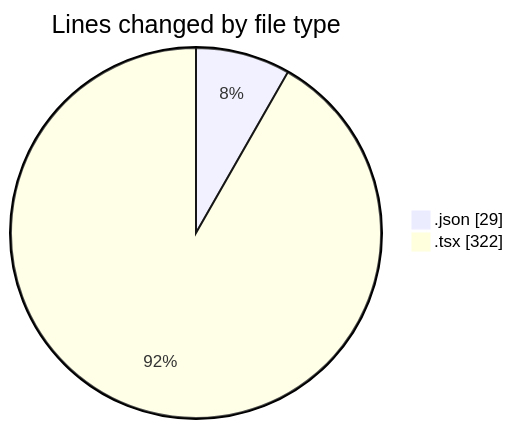
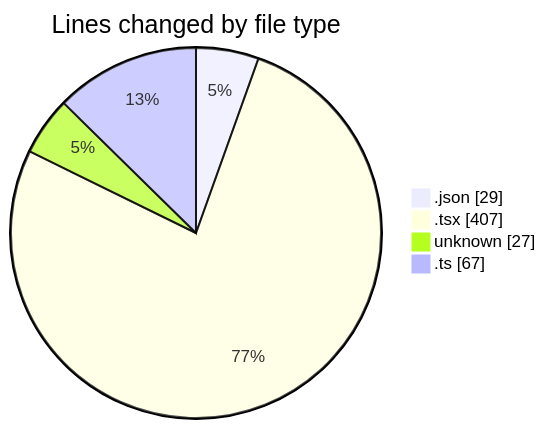
The first of 2 diagrams in 2025-01-03/nextjs-webllm/README.md (ernivani/code-tracking), drawn with Mermaid before and after one commit. The commit also changed other lines of this file and 5 other files, not shown here.

````diff
--- a/2025-01-03/nextjs-webllm/README.md
+++ b/2025-01-03/nextjs-webllm/README.md
@@ -22,6 +26,8 @@
 ```mermaid
 pie showData
 title Lines changed by file type
 ".json" : 29
-".tsx" : 322
+".tsx" : 407
+"unknown" : 27
+".ts" : 67
 ```
````
